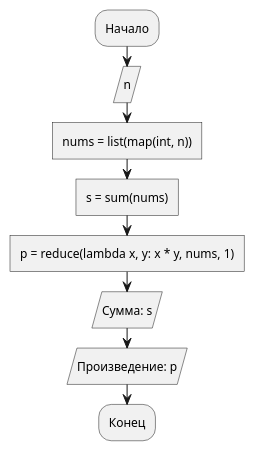
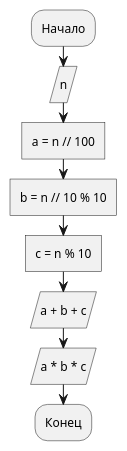
One commit to iatsuk/geekbrains changed the diagram in python_algo/lesson01/task1.puml. Above: the diagram before and after it, drawn with PlantUML. The commit also changed 11 other files, not shown here.

```diff
--- a/python_algo/lesson01/task1.puml
+++ b/python_algo/lesson01/task1.puml
@@ -1,10 +1,10 @@
 @startuml
 :Начало;
 :n/
-:nums = list(map(int, n))]
-:s = sum(nums)]
-:p = reduce(lambda x, y: x * y, nums, 1)]
-:Сумма: s/
-:Произведение: p/
+:a = n // 100]
+:b = n // 10 % 10]
+:c = n % 10]
+:a + b + c/
+:a * b * c/
 :Конец;
 @enduml
```
